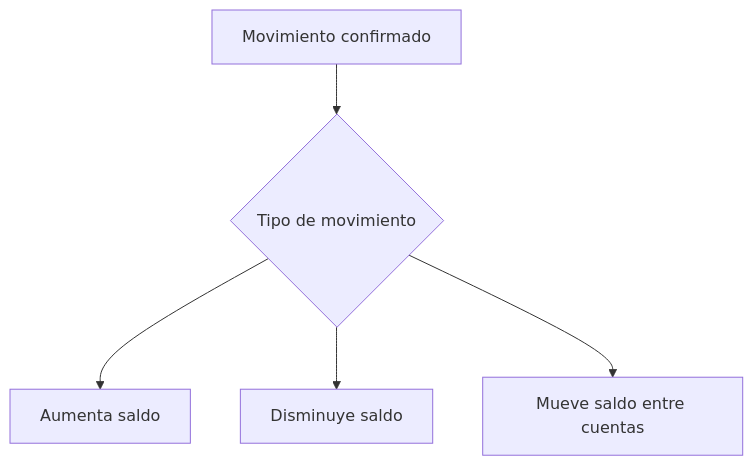
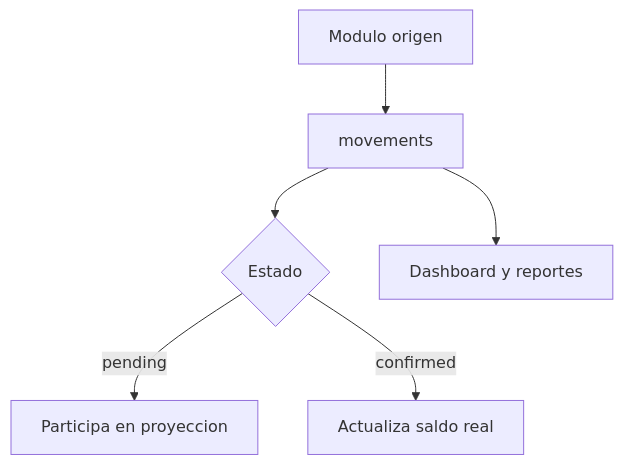
One commit to Financial-Intelligence/app-finanzas-documentacion changed the second of 3 diagrams in docs/diagrams/flujos/README.md. Above: the diagram before and after it, drawn with Mermaid. The commit also changed other lines of this file and 32 other files, not shown here.

````diff
--- a/docs/diagrams/flujos/README.md
+++ b/docs/diagrams/flujos/README.md
@@ -23,13 +23,15 @@
 ```mermaid
 flowchart TD
-    Movimiento[Movimiento confirmado]
-    Tipo{Tipo de movimiento}
-    Ingreso[Aumenta saldo]
-    Egreso[Disminuye saldo]
-    Transferencia[Mueve saldo entre cuentas]
+    Origen[Modulo origen]
+    Movement[movements]
+    Estado{Estado}
+    Proyeccion[Participa en proyeccion]
+    Saldo[Actualiza saldo real]
+    Dashboard[Dashboard y reportes]
 
-    Movimiento --> Tipo
-    Tipo --> Ingreso
-    Tipo --> Egreso
-    Tipo --> Transferencia
+    Origen --> Movement
+    Movement --> Estado
+    Estado -->|pending| Proyeccion
+    Estado -->|confirmed| Saldo
+    Movement --> Dashboard
 ```
````
